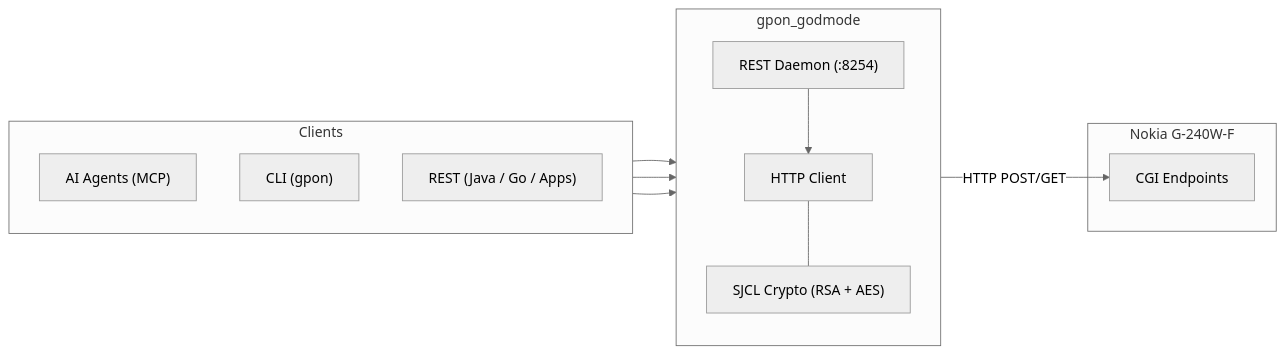
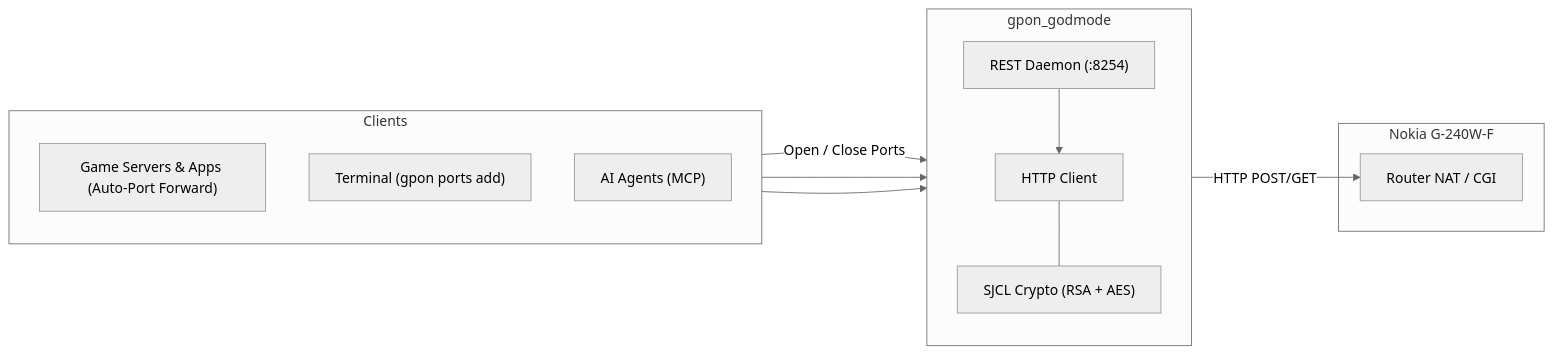
Before and after one commit to bsiamer/gpon-godmode: the diagram in README.md, drawn with Mermaid (neutral theme). The commit also changed other lines of this file, not shown here.

Commit message:
docs: clarify core purpose - open ports without router dashboard for server apps

````diff
--- a/README.md
+++ b/README.md
@@ -7,26 +7,26 @@
 ```mermaid
 flowchart LR
     subgraph Clients["Clients"]
         direction TB
+        ServerApps["Game Servers & Apps (Auto-Port Forward)"]
+        CLI["Terminal (gpon ports add)"]
         Agent["AI Agents (MCP)"]
-        CLI["CLI (gpon)"]
-        API["REST (Java / Go / Apps)"]
     end
 
     subgraph Core["gpon_godmode"]
         direction TB
         Engine["HTTP Client"]
         Crypto["SJCL Crypto (RSA + AES)"]
         Daemon["REST Daemon (:8254)"]
         Engine --- Crypto
     end
 
     subgraph Router["Nokia G-240W-F"]
-        CGI["CGI Endpoints"]
+        CGI["Router NAT / CGI"]
     end
 
+    ServerApps -->|Open / Close Ports| Daemon --> Engine
+    CLI --> Core
     Agent --> Core
-    CLI --> Core
-    API --> Daemon --> Engine
     Engine -->|HTTP POST/GET| CGI
 ```
````
